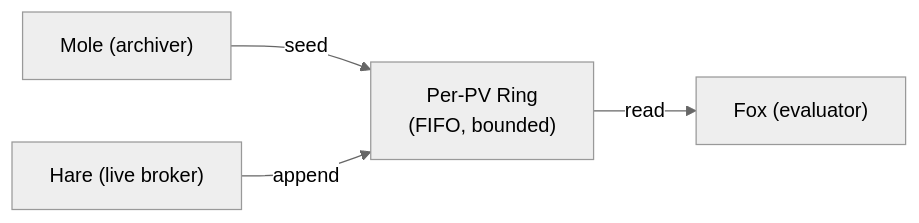
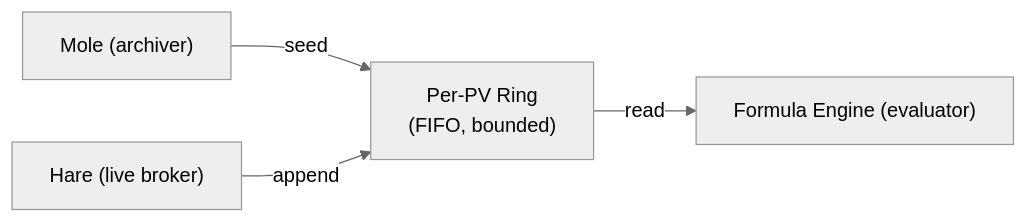
Before and after one commit to slaclab/canopy: the diagram in docs/vole/index.md, drawn with Mermaid (neutral theme). The commit also changed other lines of this file and 128 other files, not shown here.

First line of the commit message:
Rename Fox to the Formula Engine

````diff
--- a/docs/vole/index.md
+++ b/docs/vole/index.md
@@ -9,6 +9,6 @@
 ```mermaid
 graph LR
     Mole["Mole (archiver)"] -->|seed| Ring["Per-PV Ring\n(FIFO, bounded)"]
     Hare["Hare (live broker)"] -->|append| Ring
-    Ring -->|read| Fox["Fox (evaluator)"]
+    Ring -->|read| FormulaEngine["Formula Engine (evaluator)"]
 ```
````
